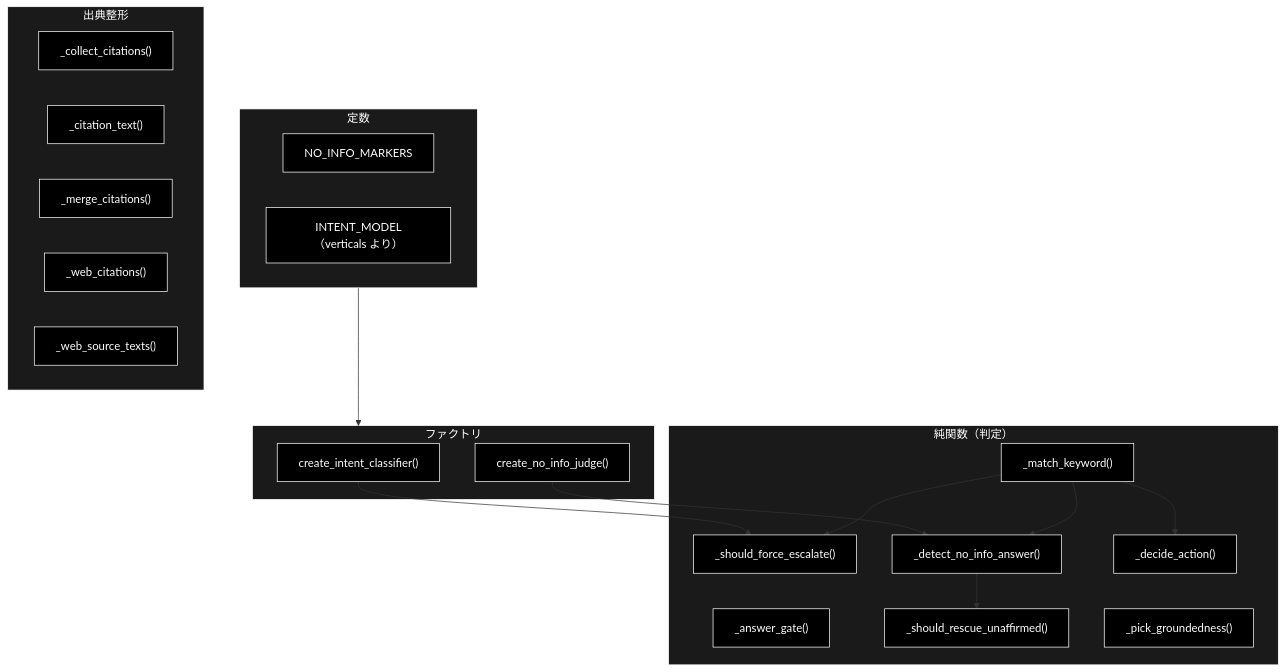
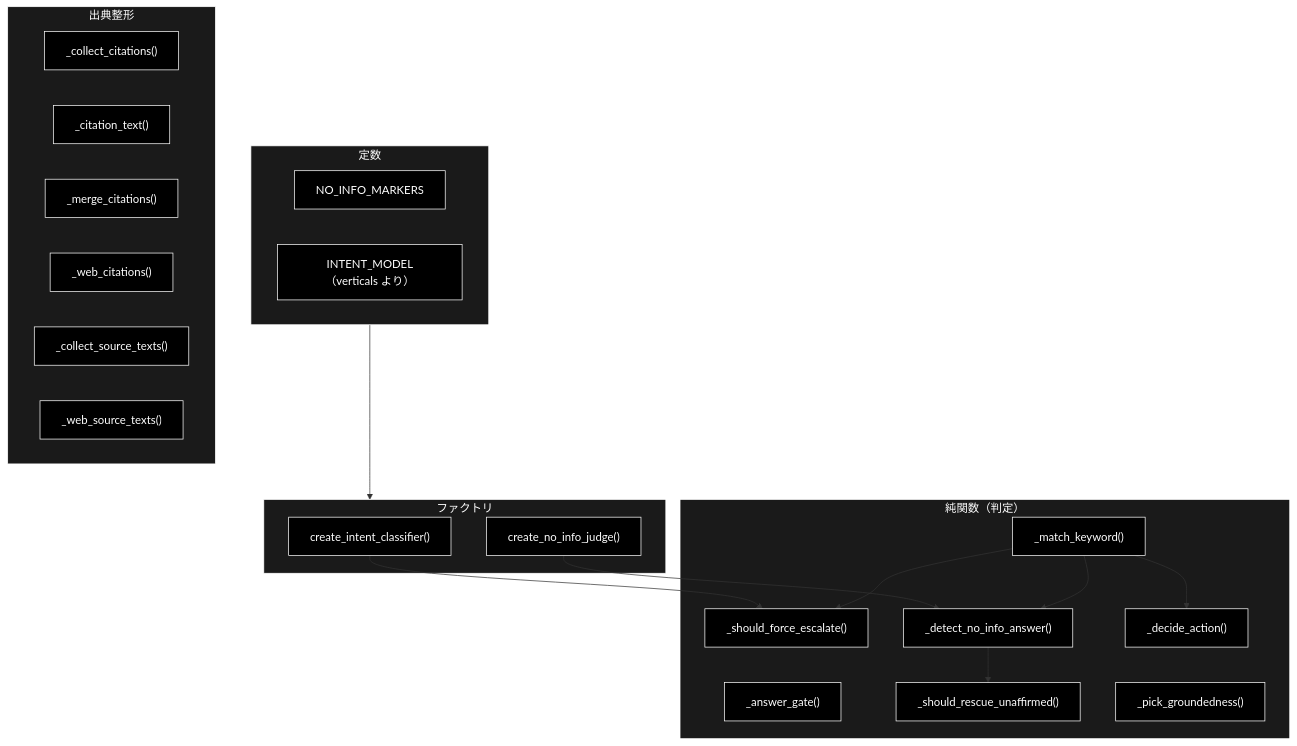
The second of 3 diagrams in backend/docs/core_gates.md (nakashima2toshio/grace_v2), drawn with Mermaid before and after one commit. The commit also changed other lines of this file and 7 other files, not shown here.

````diff
--- a/backend/docs/core_gates.md
+++ b/backend/docs/core_gates.md
@@ -120,45 +123,46 @@
 ```mermaid
 flowchart TB
     subgraph CONST["定数"]
         NIM["NO_INFO_MARKERS"]
         IM["INTENT_MODEL（verticals より）"]
     end
 
     subgraph FACTORY["ファクトリ"]
         CIC["create_intent_classifier()"]
         CNJ["create_no_info_judge()"]
     end
 
     subgraph PURE["純関数（判定）"]
         AG["_answer_gate()"]
         SFE["_should_force_escalate()"]
         DNA["_detect_no_info_answer()"]
         SRU["_should_rescue_unaffirmed()"]
         PG["_pick_groundedness()"]
         DA["_decide_action()"]
         MK["_match_keyword()"]
     end
 
     subgraph CITE["出典整形"]
         CC["_collect_citations()"]
         CT["_citation_text()"]
         MC["_merge_citations()"]
         WC["_web_citations()"]
+        CST["_collect_source_texts()"]
         WST["_web_source_texts()"]
     end
 
     CONST --> FACTORY
     MK --> SFE
     MK --> DNA
     MK --> DA
     CNJ --> DNA
     CIC --> SFE
     DNA --> SRU
 classDef default fill:#000,stroke:#fff,color:#fff
 classDef subgraphStyle fill:#1a1a1a,stroke:#fff,color:#fff
-class NIM,IM,CIC,CNJ,AG,SFE,DNA,SRU,PG,DA,MK,CC,CT,MC,WC,WST default
+class NIM,IM,CIC,CNJ,AG,SFE,DNA,SRU,PG,DA,MK,CC,CT,MC,WC,CST,WST default
 style CONST fill:#1a1a1a,stroke:#fff,color:#fff
 style FACTORY fill:#1a1a1a,stroke:#fff,color:#fff
 style PURE fill:#1a1a1a,stroke:#fff,color:#fff
 style CITE fill:#1a1a1a,stroke:#fff,color:#fff
 ```
````
